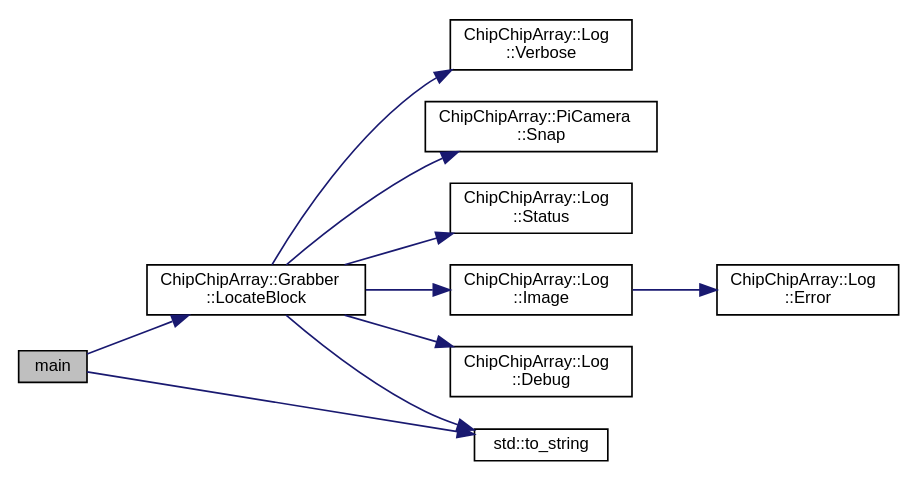
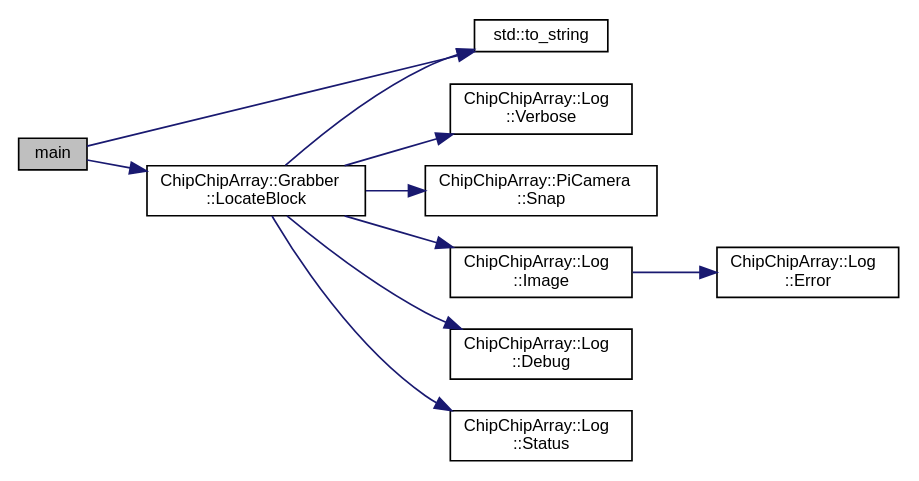
One commit to sawbg/chip-chip-array changed the diagram in doc/rtf/cv__test_8cpp_ae66f6b31b5ad750f1fe042a706a4e3d4_cgraph.dot. Above: the diagram before and after it, drawn with Graphviz. The commit also changed 236 other files, not shown here.

```diff
--- a/doc/rtf/cv__test_8cpp_ae66f6b31b5ad750f1fe042a706a4e3d4_cgraph.dot
+++ b/doc/rtf/cv__test_8cpp_ae66f6b31b5ad750f1fe042a706a4e3d4_cgraph.dot
@@ -1,24 +1,24 @@
 digraph "main"
 {
   edge [fontname="Helvetica",fontsize="10",labelfontname="Helvetica",labelfontsize="10"];
   node [fontname="Helvetica",fontsize="10",shape=record];
   rankdir="LR";
   Node1 [label="main",height=0.2,width=0.4,color="black", fillcolor="grey75", style="filled", fontcolor="black"];
   Node1 -> Node2 [color="midnightblue",fontsize="10",style="solid",fontname="Helvetica"];
   Node2 [label="ChipChipArray::Grabber\l::LocateBlock",height=0.2,width=0.4,color="black", fillcolor="white", style="filled",URL="$classChipChipArray_1_1Grabber.html#a86bc18ecf71c7ff4e324df0467af124a"];
   Node2 -> Node3 [color="midnightblue",fontsize="10",style="solid",fontname="Helvetica"];
   Node3 [label="ChipChipArray::Log\l::Verbose",height=0.2,width=0.4,color="black", fillcolor="white", style="filled",URL="$classChipChipArray_1_1Log.html#a154a5f38d9c7a767693b242684a3d4d9"];
   Node2 -> Node4 [color="midnightblue",fontsize="10",style="solid",fontname="Helvetica"];
   Node4 [label="ChipChipArray::PiCamera\l::Snap",height=0.2,width=0.4,color="black", fillcolor="white", style="filled",URL="$classChipChipArray_1_1PiCamera.html#a58fb0de02570dce9a9cb60a1a04fb84f"];
   Node2 -> Node5 [color="midnightblue",fontsize="10",style="solid",fontname="Helvetica"];
-  Node5 [label="ChipChipArray::Log\l::Status",height=0.2,width=0.4,color="black", fillcolor="white", style="filled",URL="$classChipChipArray_1_1Log.html#a66575b6e94c6112e4cefa5736cb996e0"];
+  Node5 [label="std::to_string",height=0.2,width=0.4,color="black", fillcolor="white", style="filled",URL="$namespacestd.html#aa5ddf582a1c96ffe258c997be9a294a3"];
   Node2 -> Node6 [color="midnightblue",fontsize="10",style="solid",fontname="Helvetica"];
-  Node6 [label="std::to_string",height=0.2,width=0.4,color="black", fillcolor="white", style="filled",URL="$namespacestd.html#aa5ddf582a1c96ffe258c997be9a294a3"];
-  Node2 -> Node7 [color="midnightblue",fontsize="10",style="solid",fontname="Helvetica"];
-  Node7 [label="ChipChipArray::Log\l::Image",height=0.2,width=0.4,color="black", fillcolor="white", style="filled",URL="$classChipChipArray_1_1Log.html#a65bbab057c8b1453f9e4efcfee7522c4"];
-  Node7 -> Node8 [color="midnightblue",fontsize="10",style="solid",fontname="Helvetica"];
-  Node8 [label="ChipChipArray::Log\l::Error",height=0.2,width=0.4,color="black", fillcolor="white", style="filled",URL="$classChipChipArray_1_1Log.html#aba7b7b0555f49f4dcf15f4b9fd3e6b34"];
+  Node6 [label="ChipChipArray::Log\l::Image",height=0.2,width=0.4,color="black", fillcolor="white", style="filled",URL="$classChipChipArray_1_1Log.html#a65bbab057c8b1453f9e4efcfee7522c4"];
+  Node6 -> Node7 [color="midnightblue",fontsize="10",style="solid",fontname="Helvetica"];
+  Node7 [label="ChipChipArray::Log\l::Error",height=0.2,width=0.4,color="black", fillcolor="white", style="filled",URL="$classChipChipArray_1_1Log.html#aba7b7b0555f49f4dcf15f4b9fd3e6b34"];
+  Node2 -> Node8 [color="midnightblue",fontsize="10",style="solid",fontname="Helvetica"];
+  Node8 [label="ChipChipArray::Log\l::Debug",height=0.2,width=0.4,color="black", fillcolor="white", style="filled",URL="$classChipChipArray_1_1Log.html#ac32b435af1577e4ebc67af2bdfea8eff"];
   Node2 -> Node9 [color="midnightblue",fontsize="10",style="solid",fontname="Helvetica"];
-  Node9 [label="ChipChipArray::Log\l::Debug",height=0.2,width=0.4,color="black", fillcolor="white", style="filled",URL="$classChipChipArray_1_1Log.html#ac32b435af1577e4ebc67af2bdfea8eff"];
-  Node1 -> Node6 [color="midnightblue",fontsize="10",style="solid",fontname="Helvetica"];
+  Node9 [label="ChipChipArray::Log\l::Status",height=0.2,width=0.4,color="black", fillcolor="white", style="filled",URL="$classChipChipArray_1_1Log.html#a66575b6e94c6112e4cefa5736cb996e0"];
+  Node1 -> Node5 [color="midnightblue",fontsize="10",style="solid",fontname="Helvetica"];
 }
```
